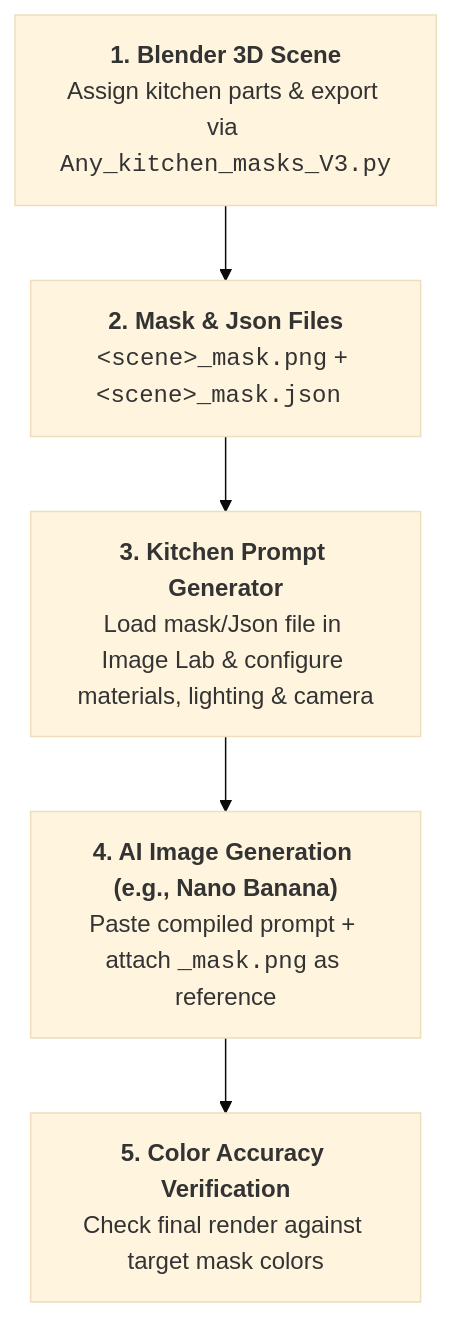
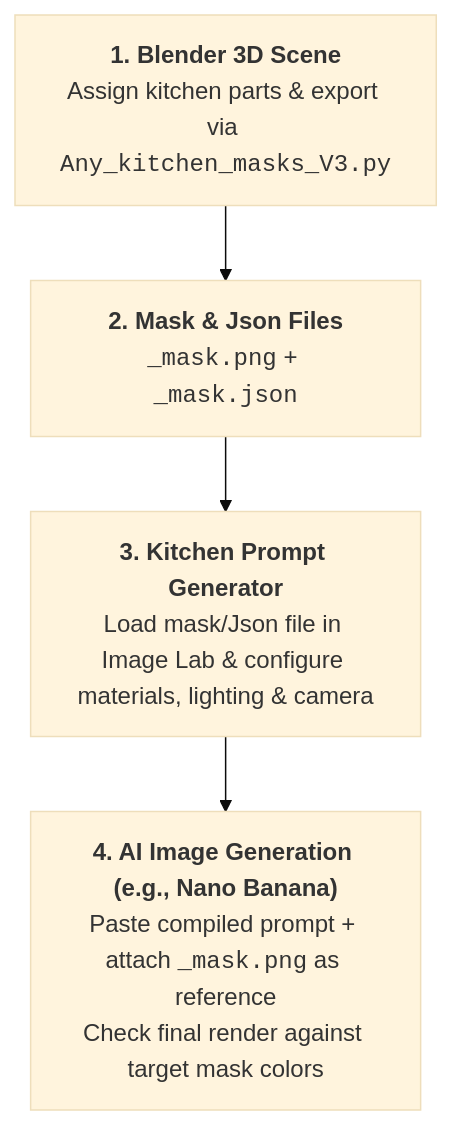
One commit to mrmizomsn/Any-Kitchen-Prompt-Generator changed the diagram in README.md. Above: the diagram before and after it, drawn with Mermaid (base theme). The commit also changed other lines of this file, not shown here.

Commit message:
readme update

````diff
--- a/README.md
+++ b/README.md
@@ -77,8 +79,7 @@
 ```mermaid
 flowchart TD
-    A["<b>1. Blender 3D Scene</b><br/>Assign kitchen parts & export via <code>Any_kitchen_masks_V3.py</code>"] 
-    --> B["<b>2. Mask & Json Files</b><br/><code>&lt;scene&gt;_mask.png</code> + <code>&lt;scene&gt;_mask.json </code>"]
-    B --> C["<b>3. Kitchen Prompt Generator</b><br/>Load mask/Json file in Image Lab & configure materials, lighting & camera"]
-    C --> D["<b>4. AI Image Generation (e.g., Nano Banana)</b><br/>Paste compiled prompt + attach <code>_mask.png</code> as reference"]
-    D --> E["<b>5. Color Accuracy Verification</b><br/>Check final render against target mask colors"]
+    A["<b>1. Blender 3D Scene</b><br/>Assign kitchen parts & export via <code>Any_kitchen_masks_V3.py</code>"]
+    --> B["<b>2. Mask & Json Files</b><br/><code><scene>_mask.png</code> + <code><scene>_mask.json</code>"]
+    B --> C["<b>3. Kitchen Prompt Generator</b><br/>Load mask/Json file in Image Lab & configure materials, lighting & camera"]
+    C --> D["<b>4. AI Image Generation (e.g., Nano Banana)</b><br/>Paste compiled prompt + attach <code>_mask.png</code> as reference<br/>Check final render against target mask colors"]
 ```
````
